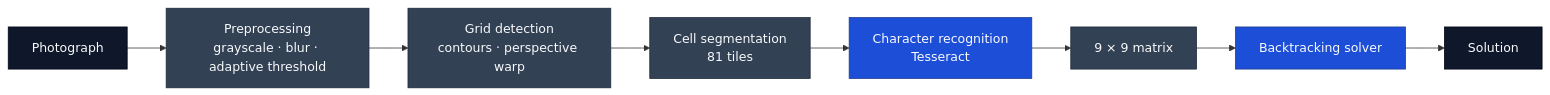
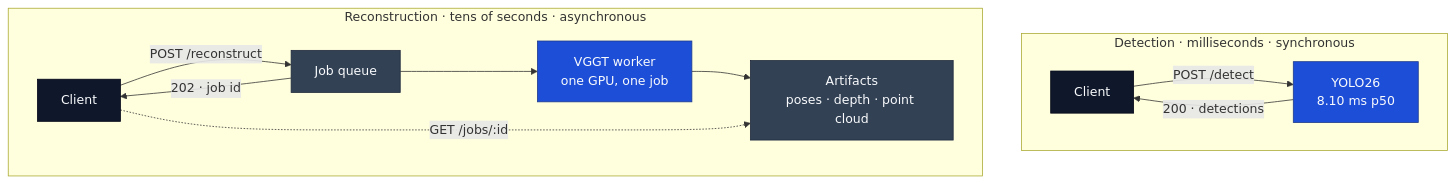
Before and after one commit to Ankyriazis/Anastasios-Kyriazis: the diagram in README.md, drawn with Mermaid. The commit also changed other lines of this file, not shown here.

````diff
--- a/README.md
+++ b/README.md
@@ -47,17 +72,21 @@
 ```mermaid
-flowchart LR
-    IMG["Photograph"] --> PRE["Preprocessing<br/>grayscale · blur · adaptive threshold"]
-    PRE --> GRID["Grid detection<br/>contours · perspective warp"]
-    GRID --> CELL["Cell segmentation<br/>81 tiles"]
-    CELL --> OCR["Character recognition<br/>Tesseract"]
-    OCR --> MAT["9 × 9 matrix"]
-    MAT --> SOLVE["Backtracking solver"]
-    SOLVE --> OUT["Solution"]
+flowchart TB
+    subgraph S["Detection · milliseconds · synchronous"]
+        C1["Client"] -->|"POST /detect"| D["YOLO26<br/>8.10 ms p50"]
+        D -->|"200 · detections"| C1
+    end
+    subgraph A["Reconstruction · tens of seconds · asynchronous"]
+        C2["Client"] -->|"POST /reconstruct"| Q["Job queue"]
+        Q -->|"202 · job id"| C2
+        Q --> W["VGGT worker<br/>one GPU, one job"]
+        W --> R["Artifacts<br/>poses · depth · point cloud"]
+        C2 -.->|"GET /jobs/:id"| R
+    end
 
     classDef io fill:#0f172a,stroke:#020617,stroke-width:1px,color:#f8fafc;
     classDef stage fill:#334155,stroke:#1e293b,stroke-width:1px,color:#f8fafc;
     classDef key fill:#1d4ed8,stroke:#1e3a8a,stroke-width:1px,color:#f8fafc;
-    class IMG,OUT io;
-    class PRE,GRID,CELL,MAT stage;
-    class OCR,SOLVE key;
+    class C1,C2 io;
+    class Q,R stage;
+    class D,W key;
 ```
````
